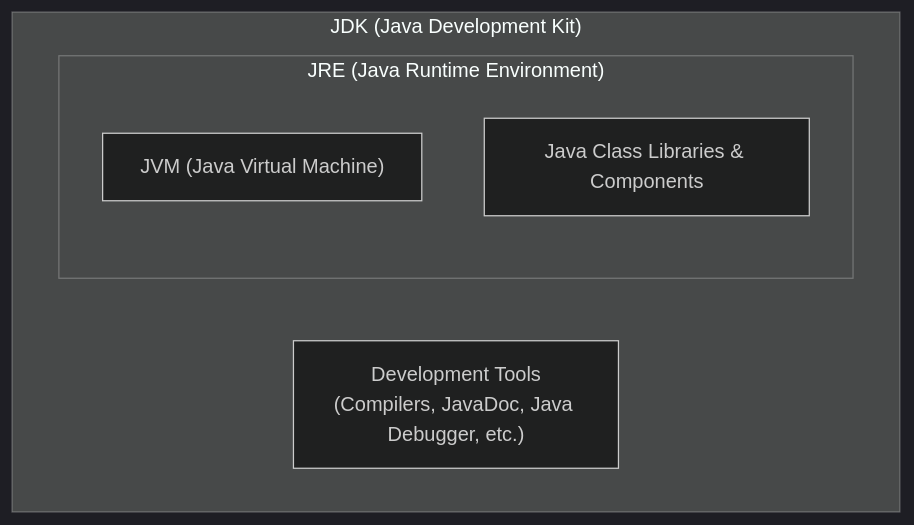
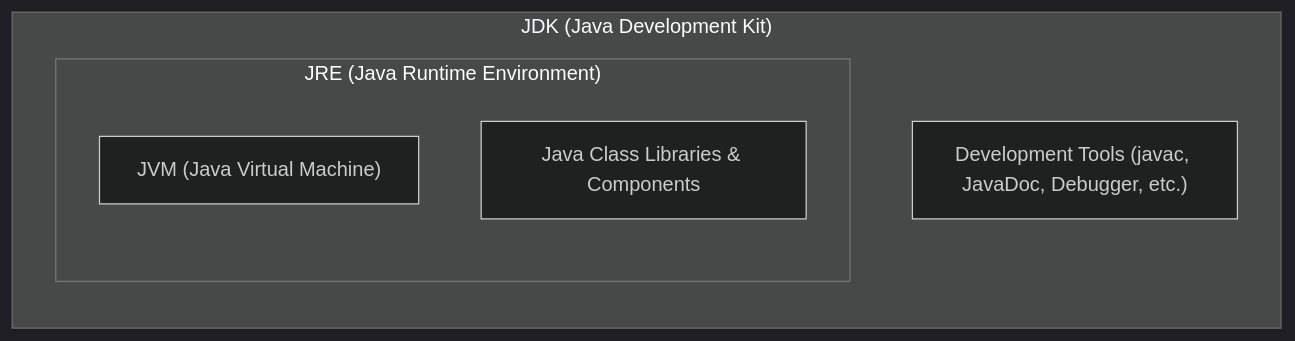
One commit to m20was/Analytics changed the third of 3 diagrams in markdown/m20was/Java/00_Working of a Java program.md. Above: the diagram before and after it, drawn with Mermaid (dark theme). The commit also changed other lines of this file, not shown here.

Commit message:
docs: add guide on Java program execution, JVM architecture, and IDE shortcuts

````diff
--- a/markdown/m20was/Java/00_Working of a Java program.md
+++ b/markdown/m20was/Java/00_Working of a Java program.md
@@ -57,10 +55,12 @@
 ```mermaid
-flowchart TD
-    subgraph JDK["JDK (Java Development Kit)"]
-        subgraph JRE["JRE (Java Runtime Environment)"]
+flowchart TB
+    subgraph JDK ["JDK (Java Development Kit)"]
+        direction TB
+        subgraph JRE ["JRE (Java Runtime Environment)"]
+            direction TB
             JVM["JVM (Java Virtual Machine)"]
             Libraries["Java Class Libraries & Components"]
         end
-        DevTools["Development Tools\n(Compilers, JavaDoc, Java Debugger, etc.)"]
+        DevTools["Development Tools (javac, JavaDoc, Debugger, etc.)"]
     end
 ```
````
